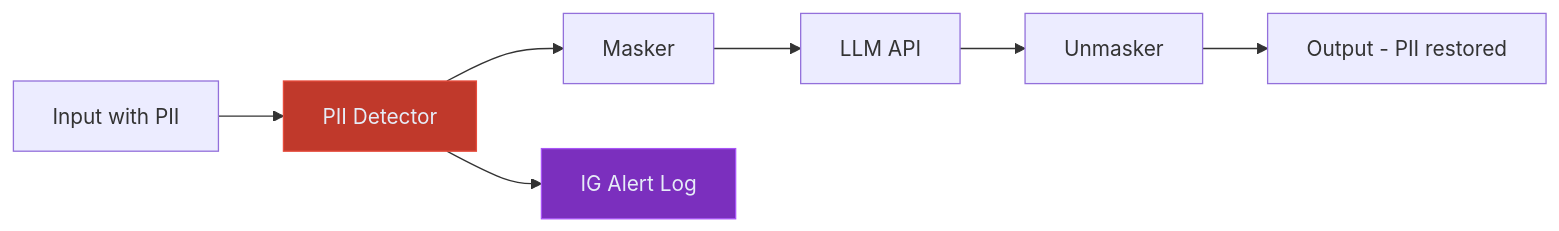
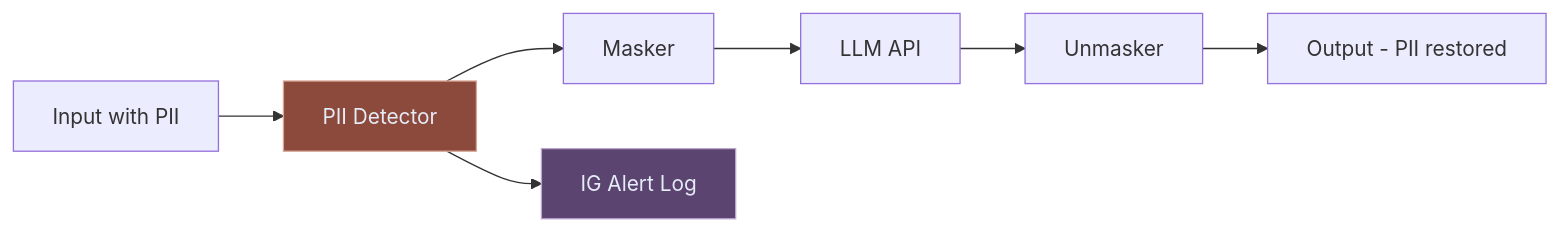
The third of 5 diagrams in blog/guardrails-for-enterprise-ai.md (lorvexai/lorvexai), drawn with Mermaid before and after one commit. The commit also changed other lines of this file and 16 other files, not shown here.

First line of the commit message:
Retune hardcoded Mermaid node colors to match the site palette

````diff
--- a/blog/guardrails-for-enterprise-ai.md
+++ b/blog/guardrails-for-enterprise-ai.md
@@ -83,12 +83,12 @@
 ```mermaid
 flowchart LR
     I[Input with PII] --> PD[PII Detector]
     PD --> MA[Masker]
     MA --> LLM[LLM API]
     LLM --> UM[Unmasker]
     UM --> O[Output - PII restored]
     PD --> AL[IG Alert Log]
 
-    style PD fill:#C0392B,stroke:#e74c3c,color:#E6ECF7
-    style AL fill:#7B2FBE,stroke:#a855f7,color:#E6ECF7
+    style PD fill:#8C4A3D,stroke:#D6A697,color:#E6ECF7
+    style AL fill:#5B4570,stroke:#BCA6CC,color:#E6ECF7
 ```
````
